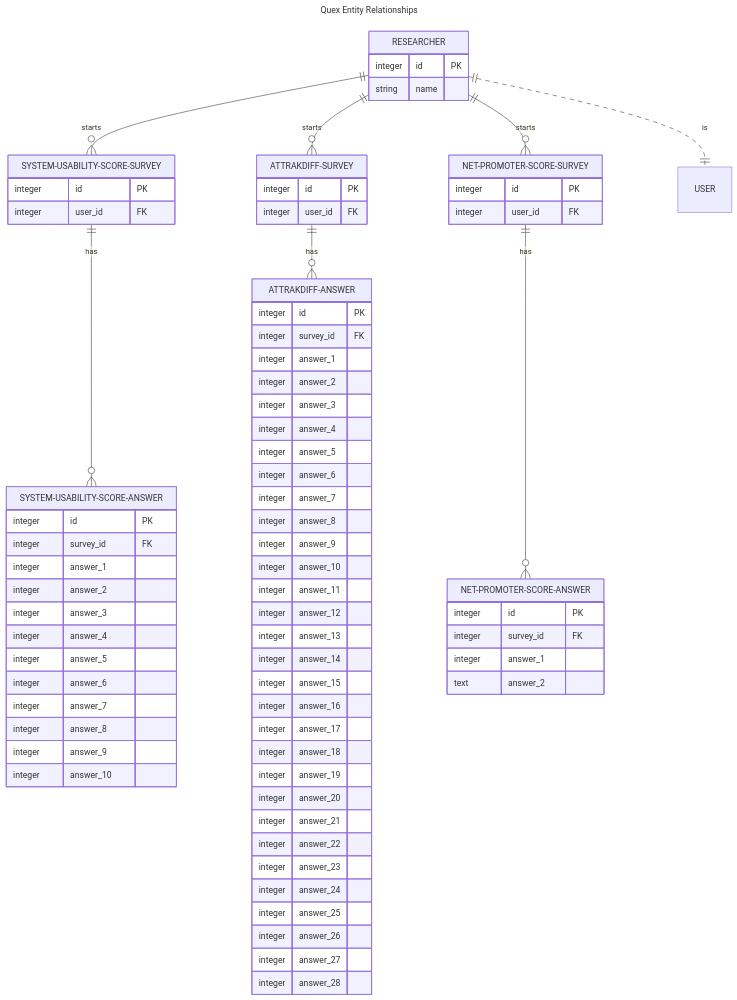
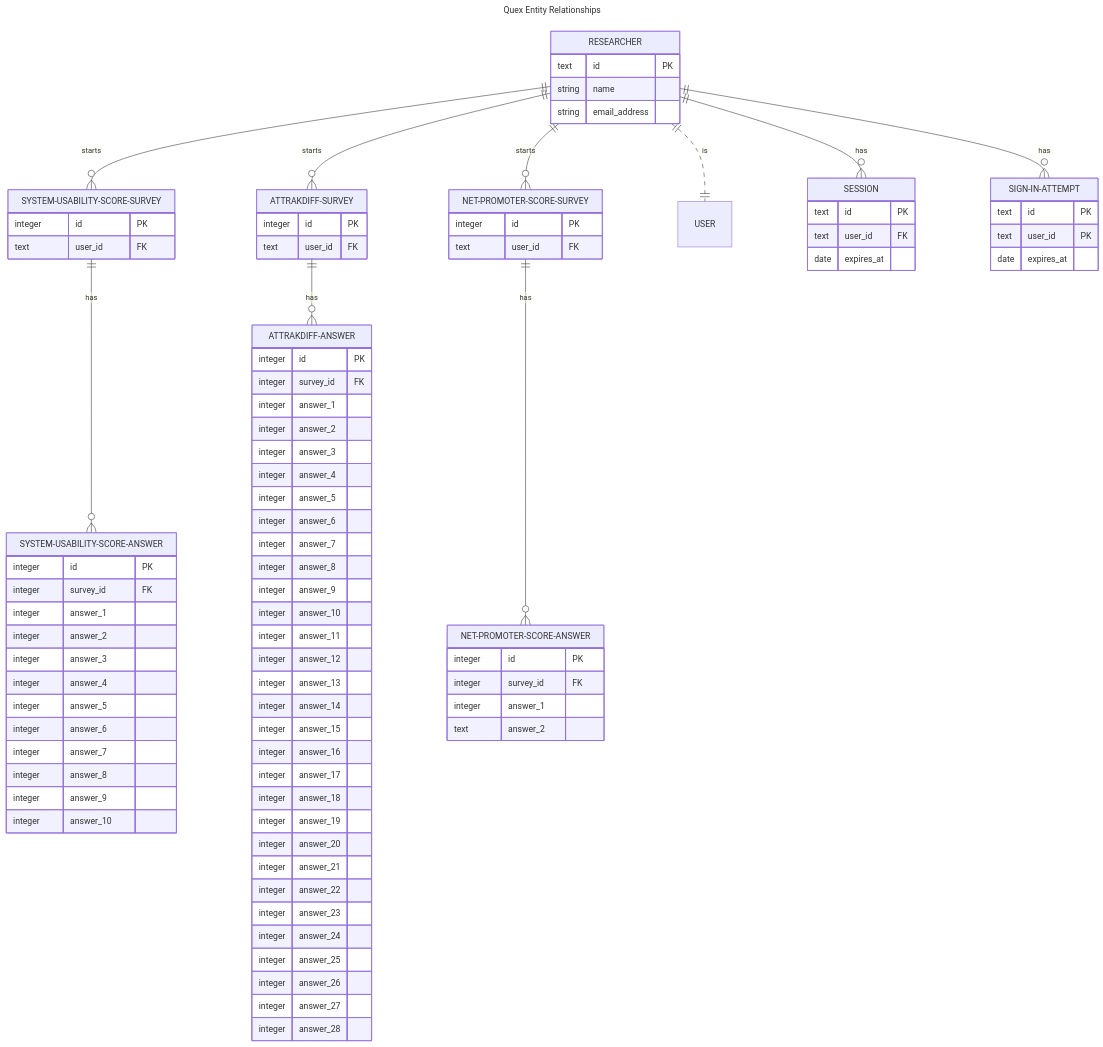
One commit to nc-apps/quex changed the diagram in docs/Entity Relationships.md. Above: the diagram before and after it, drawn with Mermaid. The commit also changed 9 other files, not shown here.

First line of the commit message:
Implement email sign up flow

````diff
--- a/docs/Entity Relationships.md
+++ b/docs/Entity Relationships.md
@@ -17,14 +17,18 @@
     ATTRAKDIFF-SURVEY 1--0+ ATTRAKDIFF-ANSWER : has
     NET-PROMOTER-SCORE-SURVEY 1--0+ NET-PROMOTER-SCORE-ANSWER : has
 
+    RESEARCHER 1--0+ SESSION : has
+    RESEARCHER 1--0+ SIGN-IN-ATTEMPT : has
+
     RESEARCHER {
-        integer id PK
+        text id PK
         string name
+        string email_address
     }
 
     SYSTEM-USABILITY-SCORE-SURVEY {
         integer id PK
-        integer user_id FK
+        text user_id FK
     }
 
     SYSTEM-USABILITY-SCORE-ANSWER {
@@ -44,7 +48,7 @@
 
     ATTRAKDIFF-SURVEY {
         integer id PK
-        integer user_id FK
+        text user_id FK
     }
 
     ATTRAKDIFF-ANSWER {
@@ -82,7 +86,7 @@
 
     NET-PROMOTER-SCORE-SURVEY {
         integer id PK
-        integer user_id FK
+        text user_id FK
     }
 
     NET-PROMOTER-SCORE-ANSWER {
@@ -91,4 +95,18 @@
         integer answer_1
         text answer_2
     }
+
+    SESSION {
+        text id PK
+        text user_id FK
+        date expires_at
+    }
+
+    SIGN-IN-ATTEMPT {
+        text id PK
+        text user_id PK
+        date expires_at
+    }
+
+
 ```
````
